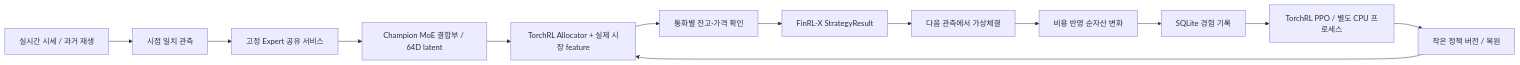
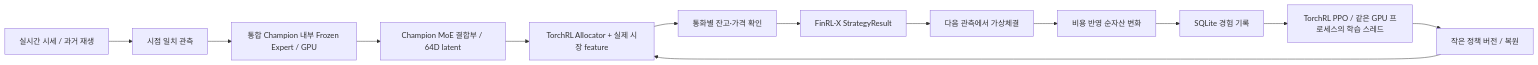
One commit to hushmind3/continual-trading-agent changed the diagram in docs/architecture.md. Above: the diagram before and after it, drawn with Mermaid. The commit also changed other lines of this file and 59 other files, not shown here.

Commit message:
Run integrated Champion MoE and PPO on GPU with observable Expert lifecycle

````diff
--- a/docs/architecture.md
+++ b/docs/architecture.md
@@ -5,15 +5,15 @@
 ```mermaid
 flowchart LR
   Feed[실시간 시세 / 과거 재생] --> Obs[시점 일치 관측]
-  Obs --> Expert[고정 Expert 공유 서비스]
+  Obs --> Expert[통합 Champion 내부 Frozen Expert / GPU]
   Expert --> MoE[Champion MoE 결합부 / 64D latent]
   MoE --> Policy[TorchRL Allocator + 실제 시장 feature]
   Policy --> Risk[통화별 잔고·가격 확인]
   Risk --> Result[FinRL-X StrategyResult]
   Result --> Paper[다음 관측에서 가상체결]
   Paper --> Reward[비용 반영 순자산 변화]
   Reward --> Journal[SQLite 경험 기록]
-  Journal --> Learner[TorchRL PPO / 별도 CPU 프로세스]
+  Journal --> Learner[TorchRL PPO / 같은 GPU 프로세스의 학습 스레드]
   Learner --> Revision[작은 정책 버전 / 복원]
   Revision --> Policy
 ```
````
